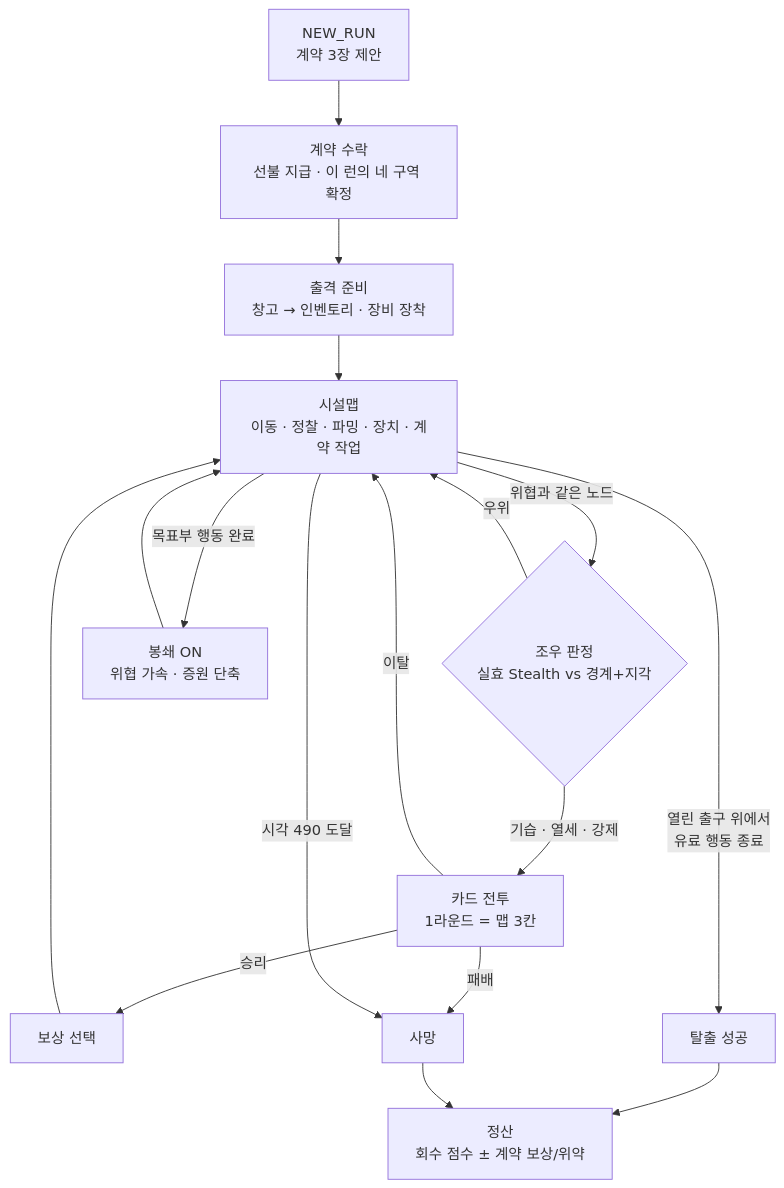
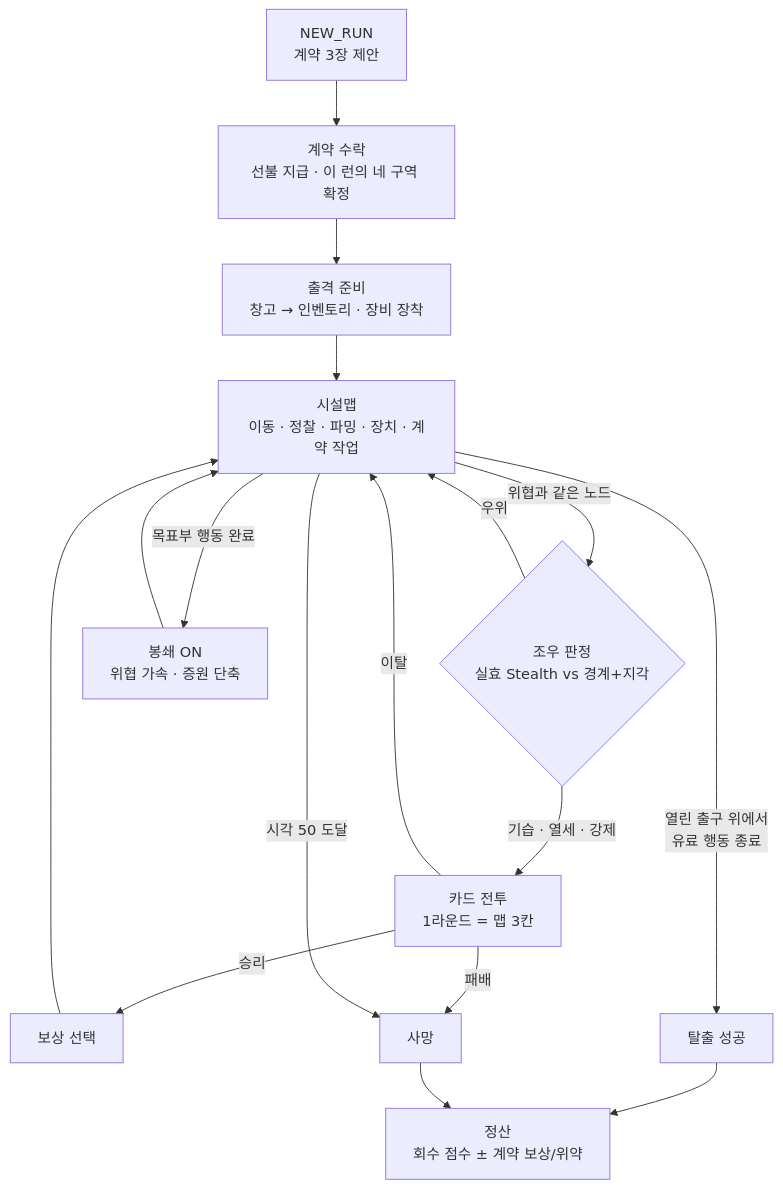
One commit to an004005/proto-card-ext changed the diagram in docs/for-human/README.md. Above: the diagram before and after it, drawn with Mermaid. The commit also changed other lines of this file and 18 other files, not shown here.

````diff
--- a/docs/for-human/README.md
+++ b/docs/for-human/README.md
@@ -16,18 +16,18 @@
 ```mermaid
 flowchart TD
   A[NEW_RUN<br/>계약 3장 제안] --> B[계약 수락<br/>선불 지급 · 이 런의 네 구역 확정]
   B --> C[출격 준비<br/>창고 → 인벤토리 · 장비 장착]
   C --> D[시설맵<br/>이동 · 정찰 · 파밍 · 장치 · 계약 작업]
   D -->|위협과 같은 노드| E{조우 판정<br/>실효 Stealth vs 경계+지각}
   E -->|우위| D
   E -->|기습 · 열세 · 강제| F[카드 전투<br/>1라운드 = 맵 3칸]
   F -->|승리| G[보상 선택] --> D
   F -->|이탈| D
   F -->|패배| X[사망]
   D -->|목표부 행동 완료| H[봉쇄 ON<br/>위협 가속 · 증원 단축]
   H --> D
   D -->|열린 출구 위에서<br/>유료 행동 종료| I[탈출 성공]
-  D -->|시각 490 도달| X
+  D -->|시각 50 도달| X
   I --> Z[정산<br/>회수 점수 ± 계약 보상/위약]
   X --> Z
 ```
````
